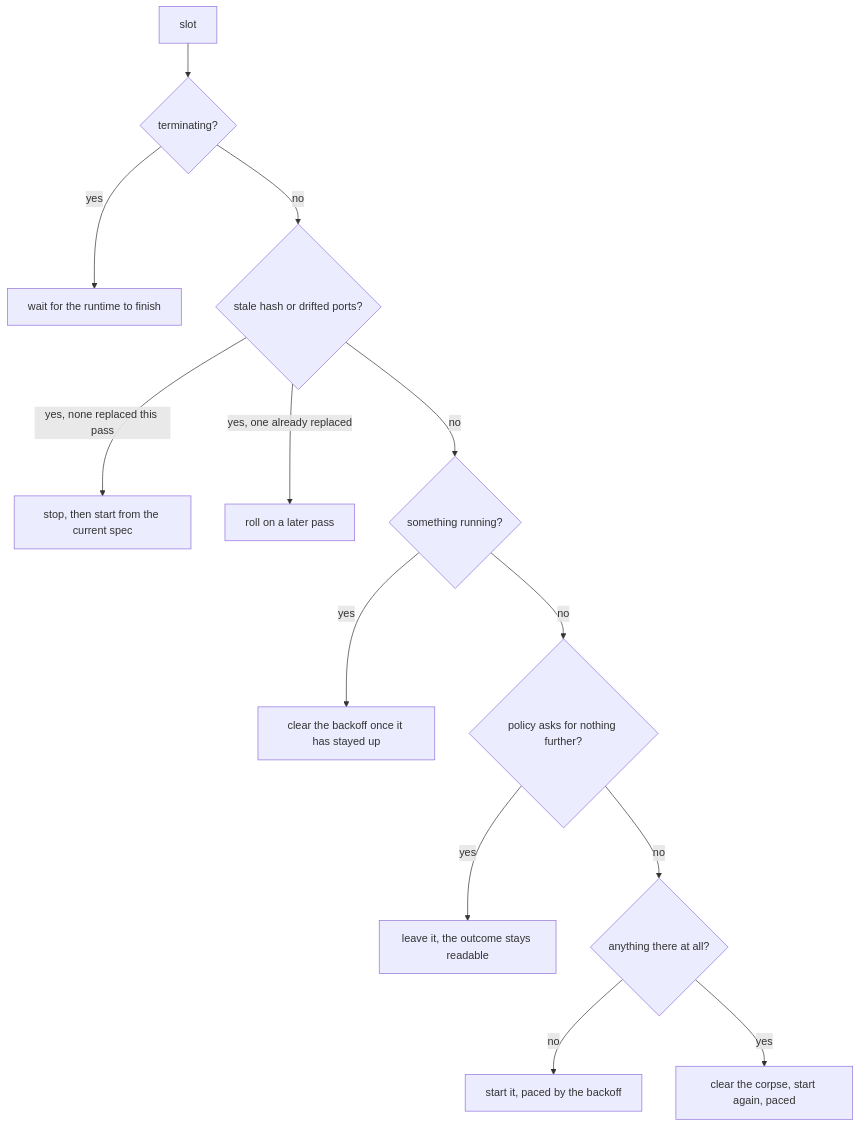
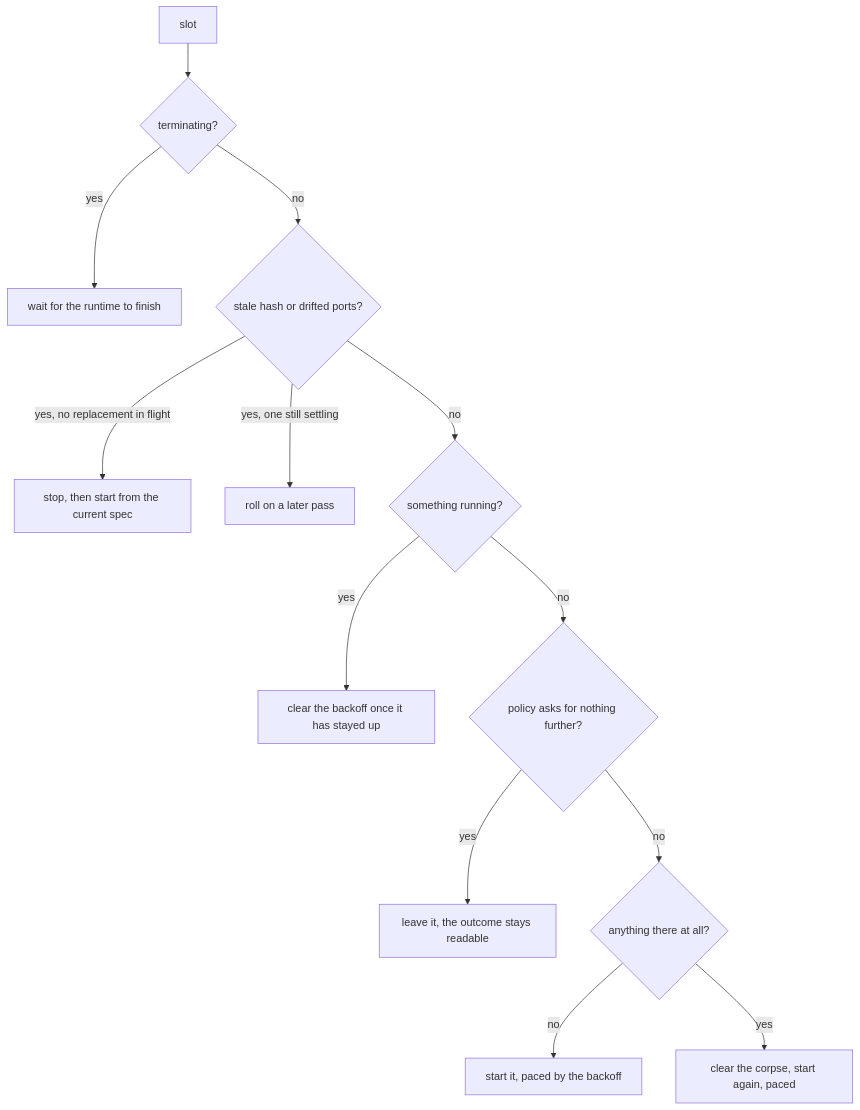
The fourth of 5 diagrams in docs/reconciliation.md (dsb-labs/takt), drawn with Mermaid before and after one commit. The commit also changed other lines of this file and 2 other files, not shown here.

First line of the commit message:
docs: say what the roll waits on

````diff
--- a/docs/reconciliation.md
+++ b/docs/reconciliation.md
@@ -133,15 +133,15 @@
 ```mermaid
 flowchart TD
     slot["slot"] --> term{"terminating?"}
     term -- yes --> wait["wait for the runtime to finish"]
     term -- no --> stale{"stale hash or drifted ports?"}
-    stale -- "yes, none replaced this pass" --> replace["stop, then start from the current spec"]
-    stale -- "yes, one already replaced" --> defer["roll on a later pass"]
+    stale -- "yes, no replacement in flight" --> replace["stop, then start from the current spec"]
+    stale -- "yes, one still settling" --> defer["roll on a later pass"]
     stale -- no --> up{"something running?"}
     up -- yes --> settle["clear the backoff once it has stayed up"]
     up -- no --> retired{"policy asks for nothing further?"}
     retired -- yes --> leaveslot["leave it, the outcome stays readable"]
     retired -- no --> empty{"anything there at all?"}
     empty -- no --> attempt["start it, paced by the backoff"]
     empty -- yes --> restartslot["clear the corpse, start again, paced"]
 ```
````
